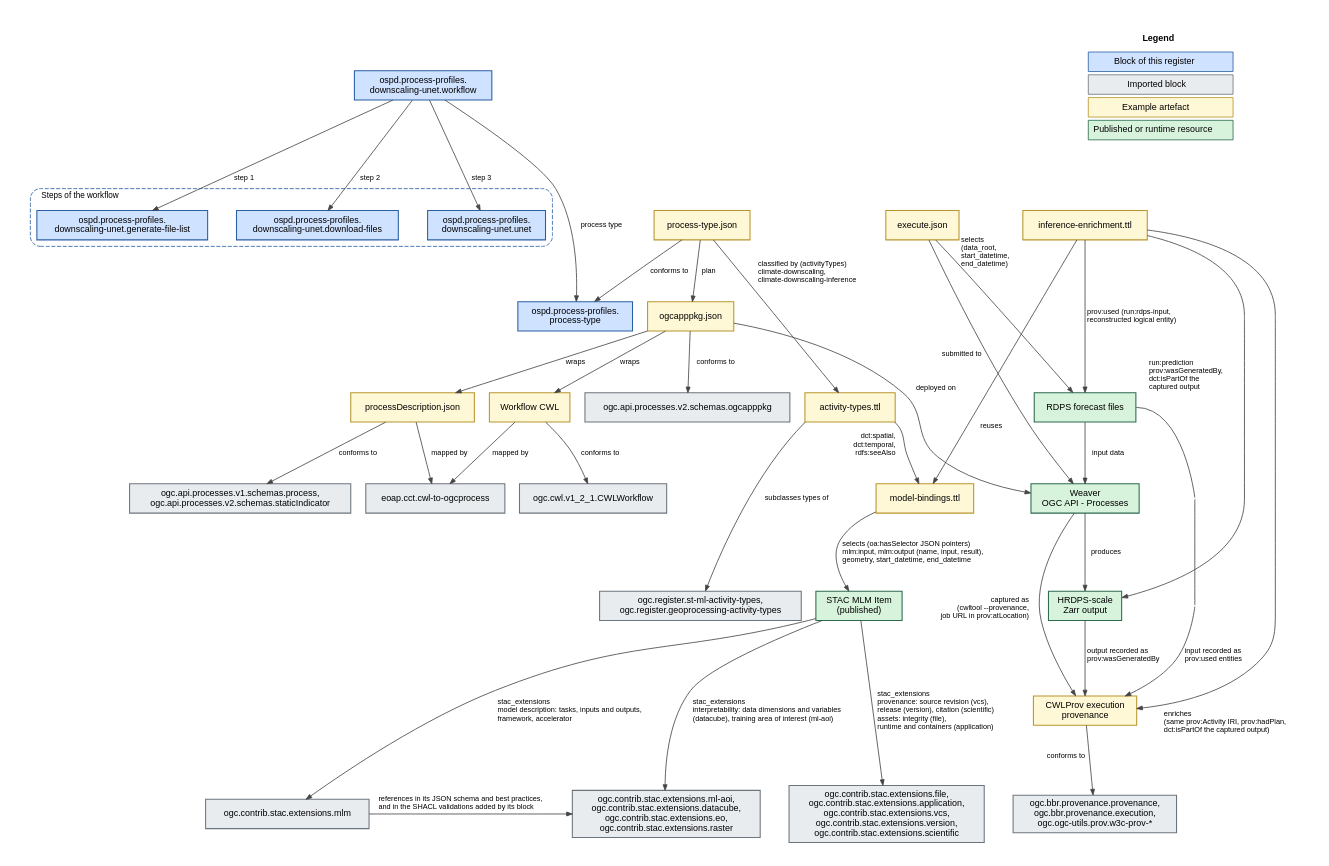
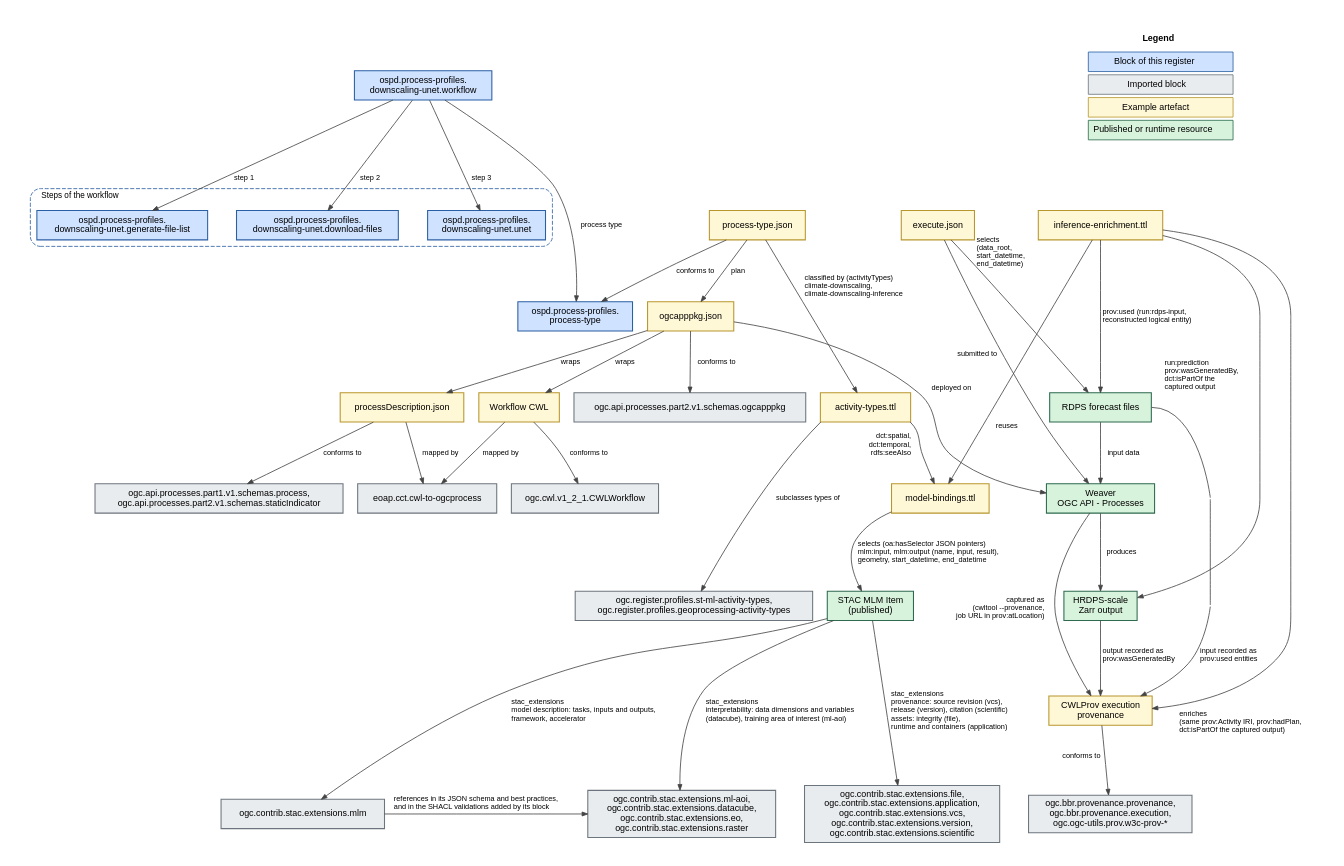
Before and after one commit to crim-ca/bblocks-process-profiles: the diagram in _sources/downscaling-unet/workflow/diagrams/bblocks-interactions.dot, drawn with Graphviz. The commit also changed 131 other files, not shown here.

Commit message:
update references to bblocks activity-type OSPD profile register + updated bblocks OGC API Processes

```diff
--- a/_sources/downscaling-unet/workflow/diagrams/bblocks-interactions.dot
+++ b/_sources/downscaling-unet/workflow/diagrams/bblocks-interactions.dot
@@ -1,113 +1,113 @@
 digraph interactions {
   graph [rankdir=TB, nodesep=0.25, ranksep=0.9, fontname="Helvetica", fontsize=11, pad=0.3];
   node [shape=box, style="filled", fontname="Helvetica", fontsize=11, penwidth=1.3, margin="0.14,0.07"];
   edge [fontname="Helvetica", fontsize=9, color="#444444", arrowsize=0.7];
 
   node [fillcolor="#cfe2ff", color="#2b5fa3"];
   WF [label="ospd.process-profiles.\ndownscaling-unet.workflow"];
   subgraph cluster_steps {
     label="Steps of the workflow"; labeljust=l; style="rounded,dashed"; color="#2b5fa3"; fontsize=10;
     S1 [label="ospd.process-profiles.\ndownscaling-unet.generate-file-list"];
     S2 [label="ospd.process-profiles.\ndownscaling-unet.download-files"];
     S3 [label="ospd.process-profiles.\ndownscaling-unet.unet"];
     {rank=same; S1; S2; S3}
     S1 -> S2 -> S3 [style=invis];
   }
   PT [label="ospd.process-profiles.\nprocess-type"];
 
   node [fillcolor="#fff8d6", color="#b8962e"];
   EXE [label="execute.json"];
   PKG [label="ogcapppkg.json"];
   PD [label="processDescription.json"];
   CWL [label="Workflow CWL"];
   PTE [label="process-type.json"];
   ACT [label="activity-types.ttl"];
   BND [label="model-bindings.ttl"];
   ENR [label="inference-enrichment.ttl"];
   PROV [label="CWLProv execution\nprovenance"];
 
   node [fillcolor="#d8f3dc", color="#2d6a4f"];
   RDPS [label="RDPS forecast files"];
   WEAVER [label="Weaver\nOGC API - Processes"];
   HRDPS [label="HRDPS-scale\nZarr output"];
   ITEM [label="STAC MLM Item\n(published)"];
 
   node [fillcolor="#e9ecef", color="#6c757d"];
-  APKG [label="ogc.api.processes.v2.schemas.ogcapppkg"];
-  PROC [label="ogc.api.processes.v1.schemas.process,\nogc.api.processes.v2.schemas.staticIndicator"];
+  APKG [label="ogc.api.processes.part2.v1.schemas.ogcapppkg"];
+  PROC [label="ogc.api.processes.part1.v1.schemas.process,\nogc.api.processes.part2.v1.schemas.staticIndicator"];
   CCT [label="eoap.cct.cwl-to-ogcprocess"];
   CWLS [label="ogc.cwl.v1_2_1.CWLWorkflow"];
-  ACTB [label="ogc.register.st-ml-activity-types,\nogc.register.geoprocessing-activity-types"];
+  ACTB [label="ogc.register.profiles.st-ml-activity-types,\nogc.register.profiles.geoprocessing-activity-types"];
   MLM [label="ogc.contrib.stac.extensions.mlm"];
   STACX [label="ogc.contrib.stac.extensions.file,\nogc.contrib.stac.extensions.application,\nogc.contrib.stac.extensions.vcs,\nogc.contrib.stac.extensions.version,\nogc.contrib.stac.extensions.scientific"];
   MLMX [label="ogc.contrib.stac.extensions.ml-aoi,\nogc.contrib.stac.extensions.datacube,\nogc.contrib.stac.extensions.eo,\nogc.contrib.stac.extensions.raster"];
   PROVB [label="ogc.bbr.provenance.provenance,\nogc.bbr.provenance.execution,\nogc.ogc-utils.prov.w3c-prov-*"];
 
   RDPS -> WEAVER [weight=50, label="  input data"];
   EXE -> WEAVER [xlabel="  submitted to      \r \r"];
   WEAVER -> HRDPS [weight=50, label="  produces"];
   EXE -> RDPS [taillabel="selects\l(data_root,\lstart_datetime,\lend_datetime)\l", labeldistance=6.8, labelangle=34];
   ENR -> RDPS [weight=20, label="  prov:used (run:rdps-input,\l  reconstructed logical entity)\l"];
   ENR -> HRDPS [taillabel="run:prediction\lprov:wasGeneratedBy,\ldct:isPartOf the\lcaptured output\l", labeldistance=18, labelangle=-58];
 
   WF -> S3 [label="  step 3"];
   WF -> S2 [label="  step 2"];
   WF -> S1 [label="  step 1"];
   WF -> PT [minlen=2, label="  process type"];
 
   PKG -> WEAVER [xlabel="  deployed on      \r"];
   PKG -> PD [label="  wraps"];
   PKG -> CWL [label="  wraps"];
   PTE -> PKG [label="  plan"];
   PTE -> ACT [minlen=2, taillabel="classified by (activityTypes)\lclimate-downscaling,\lclimate-downscaling-inference\l", labeldistance=13, labelangle=33];
   PTE -> PT [label="  conforms to"];
   ACT:se -> BND [xlabel="  dct:spatial,      \r  dct:temporal,      \r  rdfs:seeAlso      \r"];
   BND -> ITEM [label="  selects (oa:hasSelector JSON pointers)\l  mlm:input, mlm:output (name, input, result),\l  geometry, start_datetime, end_datetime\l"];
   ENR -> BND [headlabel="reuses", labeldistance=10, labelangle=-15];
   ENR -> PROV [headlabel="  enriches\l  (same prov:Activity IRI, prov:hadPlan,\l  dct:isPartOf the captured output)\l", labeldistance=12, labelangle=-14, labelfontsize=9, fontsize=9];
   RPT [shape=box, fixedsize=true, width=0.9, height=0.01, style=invis, label=""];
   RDPS:e -> RPT [arrowhead=none, weight=20, headclip=false, tailclip=true];
   RPT2 [shape=box, fixedsize=true, width=0.9, height=0.01, style=invis, label=""];
   RPT -> RPT2 [arrowhead=none, weight=20, headclip=false, tailclip=false];
   {rank=same; RPT2; HRDPS}
   HRDPS -> RPT2 [style=invis];
   RPT2 -> PROV [weight=2, tailclip=false, label="  input recorded as\l  prov:used entities\l"];
   {rank=same; RPT; WEAVER}
   WEAVER -> RPT [style=invis];
   HRDPS -> PROV [weight=50, label="  output recorded as\l  prov:wasGeneratedBy\l"];
   WEAVER -> PROV [xlabel="  captured as      \r  (cwltool --provenance,      \r  job URL in prov:atLocation)      \r"];
 
   PKG -> APKG [label="  conforms to"];
   PD -> PROC [label="  conforms to"];
   PD -> CCT [label="  mapped by"];
   CWL -> CWLS [label="  conforms to"];
   CWL -> CCT [label="  mapped by"];
   ACT:sw -> ACTB [minlen=2, label="  subclasses types of"];
   ITEM -> MLM [label="  stac_extensions\l  model description: tasks, inputs and outputs,\l  framework, accelerator\l"];
   ITEM -> STACX [label="  stac_extensions\l  provenance: source revision (vcs),\l  release (version), citation (scientific)\l  assets: integrity (file),\l  runtime and containers (application)\l"];
   ITEM -> MLMX [label="  stac_extensions\l  interpretability: data dimensions and variables\l  (datacube), training area of interest (ml-aoi)\l"];
   MLM -> MLMX [label="  references in its JSON schema and best practices,\l  and in the SHACL validations added by its block\l"];
   PROV -> PROVB [xlabel="  conforms to"];
 
   LEGEND [shape=plaintext, style="", label=<
     <TABLE BORDER="0" CELLBORDER="1" CELLSPACING="4" CELLPADDING="5">
       <TR><TD COLSPAN="1" BORDER="0"><B>Legend</B></TD></TR>
       <TR><TD BGCOLOR="#cfe2ff" COLOR="#2b5fa3">Block of this register</TD></TR>
       <TR><TD BGCOLOR="#e9ecef" COLOR="#6c757d">Imported block</TD></TR>
       <TR><TD BGCOLOR="#fff8d6" COLOR="#b8962e">Example artefact</TD></TR>
       <TR><TD BGCOLOR="#d8f3dc" COLOR="#2d6a4f">Published or runtime resource</TD></TR>
     </TABLE>>];
   SPC [shape=box, style=invis, label="", fixedsize=true, width=0.6, height=0.01];
   SPC2 [shape=box, style=invis, label="", fixedsize=true, width=0.1, height=0.01];
   {rank=same; PTE; SPC; EXE; SPC2; ENR}
   PTE -> SPC -> EXE -> SPC2 -> ENR [style=invis]
   {rank=same; BND; WEAVER}
   BND -> WEAVER [style=invis]
   {rank=same; ITEM; HRDPS}
   ITEM -> HRDPS -> PROV [style=invis]
   SPC3 [shape=box, style=invis, label="", fixedsize=true, width=9, height=0.01];
   {rank=same; WF; SPC3; LEGEND}
   WF -> SPC3 -> LEGEND [style=invis]
   {rank=same; MLM; MLMX; STACX; PROVB}
   MLM -> MLMX -> STACX -> PROVB [style=invis]
 }
```
